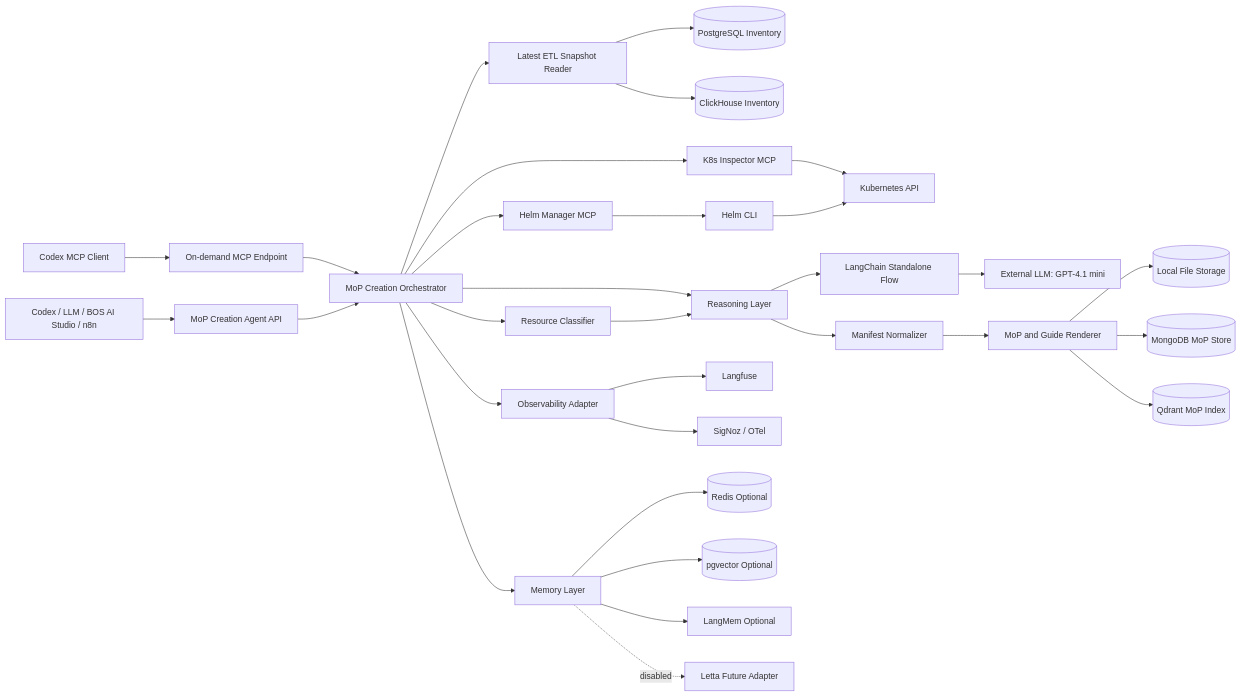
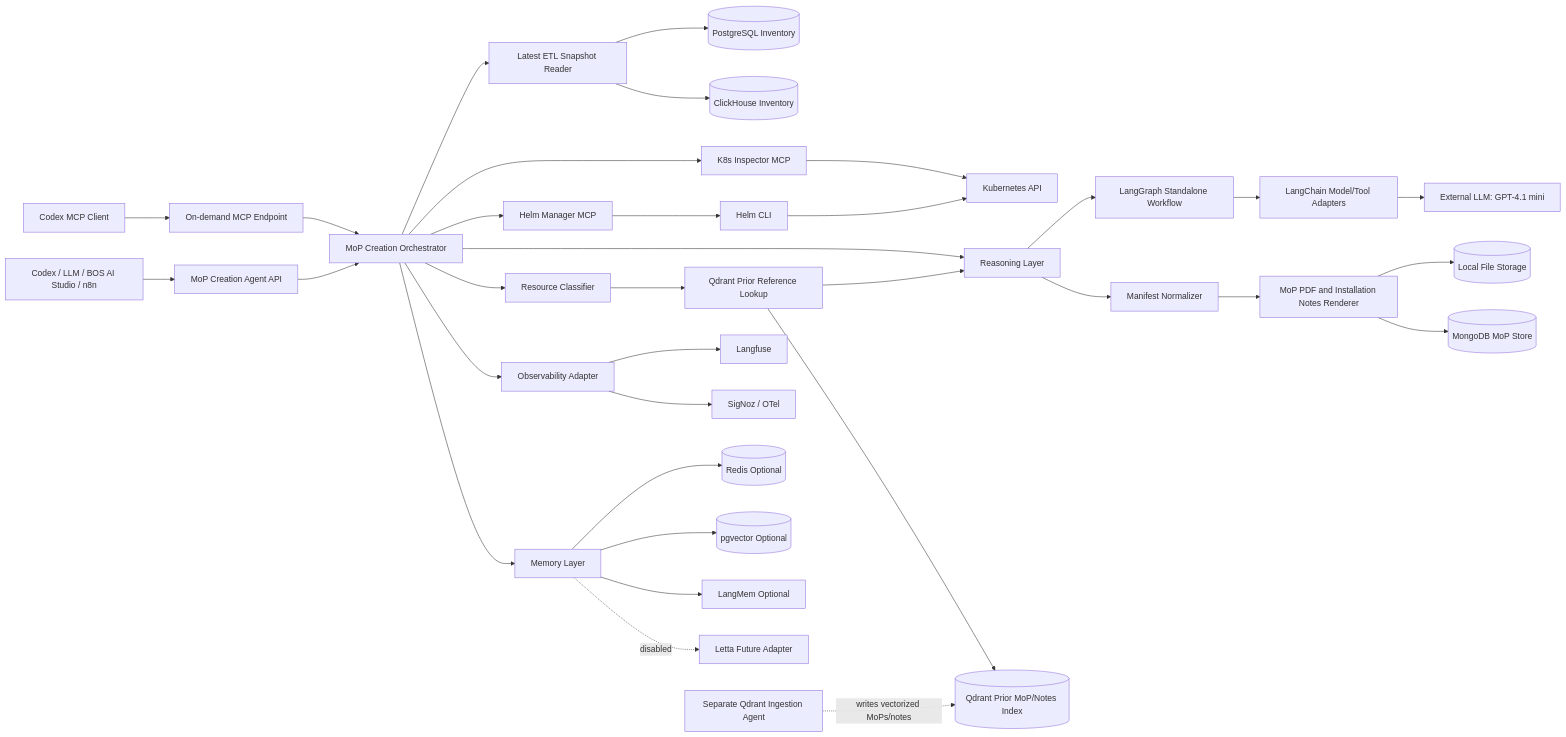
One commit to aveeshek/bosgenesis-mop-creation-agent changed the first of 5 diagrams in docs/02_HLD_MOP_CREATION_AGENT.md. Above: the diagram before and after it, drawn with Mermaid. The commit also changed other lines of this file and 62 other files, not shown here.

````diff
--- a/docs/02_HLD_MOP_CREATION_AGENT.md
+++ b/docs/02_HLD_MOP_CREATION_AGENT.md
@@ -16,39 +16,42 @@
 ```mermaid
 flowchart LR
     Caller["Codex / LLM / BOS AI Studio / n8n"] --> API["MoP Creation Agent API"]
     Codex["Codex MCP Client"] --> MCP["On-demand MCP Endpoint"]
     MCP --> Orchestrator["MoP Creation Orchestrator"]
     API --> Orchestrator
 
     Orchestrator --> Snapshot["Latest ETL Snapshot Reader"]
     Snapshot --> PG[("PostgreSQL Inventory")]
     Snapshot --> CH[("ClickHouse Inventory")]
 
     Orchestrator --> K8S["K8s Inspector MCP"]
     Orchestrator --> HELM["Helm Manager MCP"]
     K8S --> KAPI["Kubernetes API"]
     HELM --> HCLI["Helm CLI"]
     HCLI --> KAPI
 
     Orchestrator --> Classifier["Resource Classifier"]
     Orchestrator --> Reasoning["Reasoning Layer"]
-    Reasoning --> LangChain["LangChain Standalone Flow"]
+    Reasoning --> LangGraph["LangGraph Standalone Workflow"]
+    LangGraph --> LangChain["LangChain Model/Tool Adapters"]
     LangChain --> LLM["External LLM: GPT-4.1 mini"]
-    Classifier --> Reasoning
+    Classifier --> Retrieval["Qdrant Prior Reference Lookup"]
+    Retrieval --> Qdrant[("Qdrant Prior MoP/Notes Index")]
+    Ingestion["Separate Qdrant Ingestion Agent"] -. "writes vectorized MoPs/notes" .-> Qdrant
+    Retrieval --> Reasoning
     Reasoning --> Normalizer["Manifest Normalizer"]
-    Normalizer --> Renderer["MoP and Guide Renderer"]
+    Normalizer --> Renderer["MoP PDF and Installation Notes Renderer"]
 
     Renderer --> Local[("Local File Storage")]
     Renderer --> Mongo[("MongoDB MoP Store")]
-    Renderer --> Qdrant[("Qdrant MoP Index")]
 
     Orchestrator --> Obs["Observability Adapter"]
     Obs --> Langfuse["Langfuse"]
     Obs --> SigNoz["SigNoz / OTel"]
 
     Orchestrator --> Memory["Memory Layer"]
     Memory --> Redis[("Redis Optional")]
     Memory --> PGV[("pgvector Optional")]
     Memory --> LangMem["LangMem Optional"]
     Memory -. "disabled" .-> Letta["Letta Future Adapter"]
 ```
````
